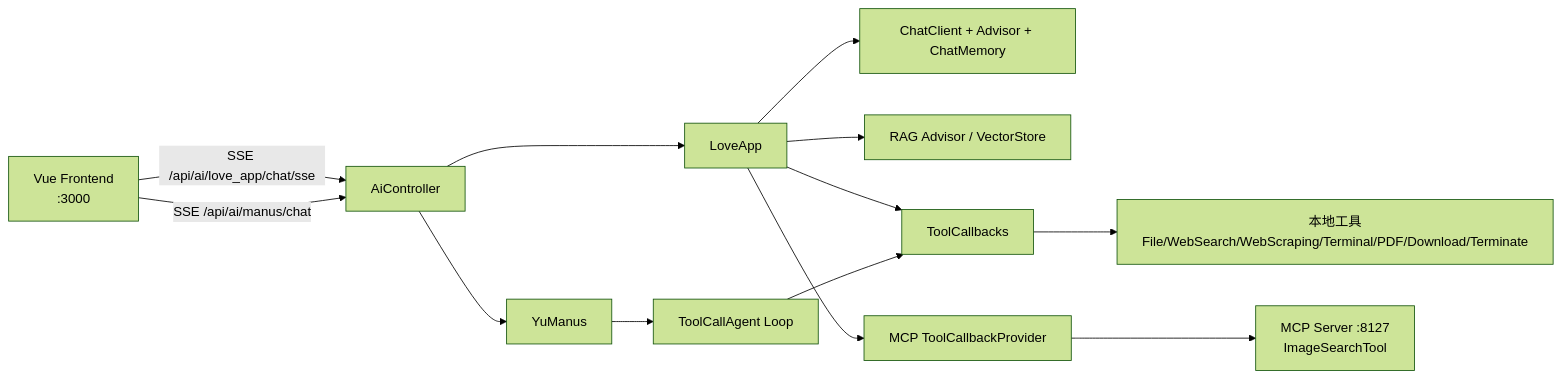
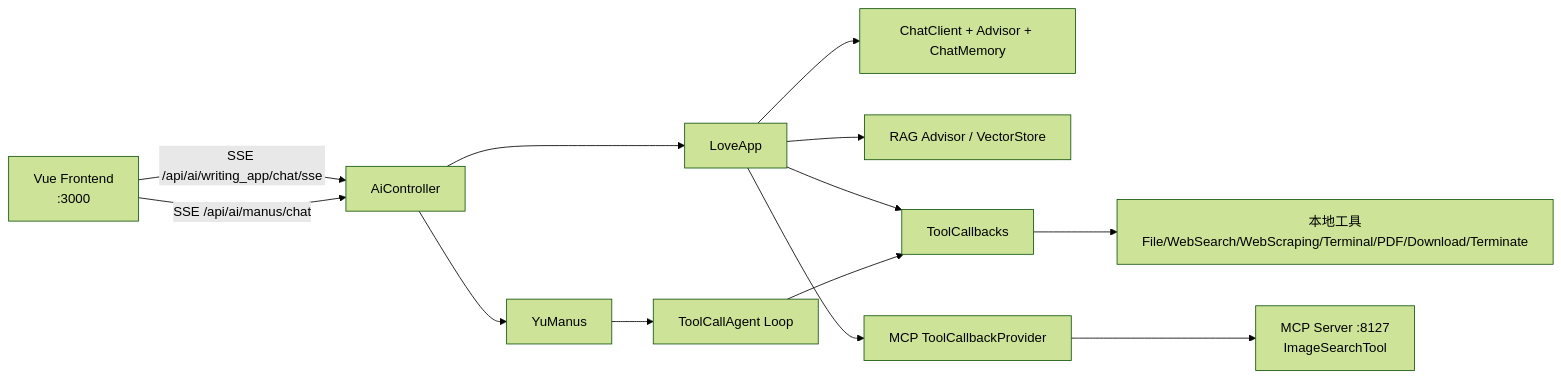
Before and after one commit to qingluo201816/AI-agent-application: the diagram in README.md, drawn with Mermaid (forest theme). The commit also changed other lines of this file and 17 other files, not shown here.

Commit message:
refactor app theme from dating advisor to ai novel writing

````diff
--- a/README.md
+++ b/README.md
@@ -147,19 +147,19 @@
 ```mermaid
 flowchart LR
-    A[Vue Frontend<br/>:3000] -->|SSE /api/ai/love_app/chat/sse| B[AiController]
+    A[Vue Frontend<br/>:3000] -->|SSE /api/ai/writing_app/chat/sse| B[AiController]
     A -->|SSE /api/ai/manus/chat| B
 
     B --> C[LoveApp]
     B --> D[YuManus]
 
     C --> E[ChatClient + Advisor + ChatMemory]
     C --> F[RAG Advisor / VectorStore]
     C --> G[ToolCallbacks]
     C --> H[MCP ToolCallbackProvider]
 
     D --> I[ToolCallAgent Loop]
     I --> G
 
     G --> J[本地工具<br/>File/WebSearch/WebScraping/Terminal/PDF/Download/Terminate]
     H --> K[MCP Server :8127<br/>ImageSearchTool]
 ```
````
